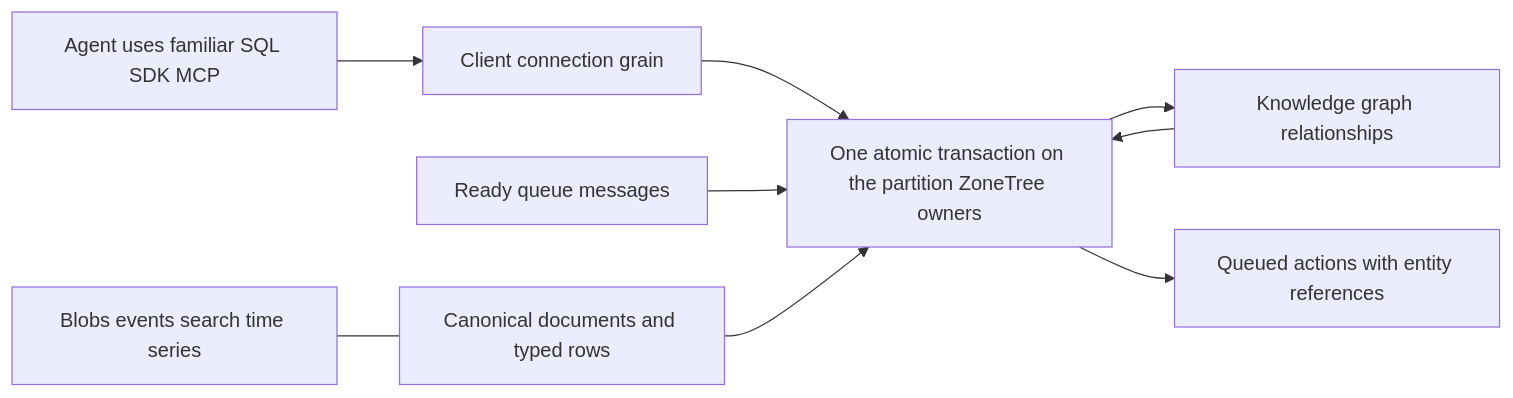
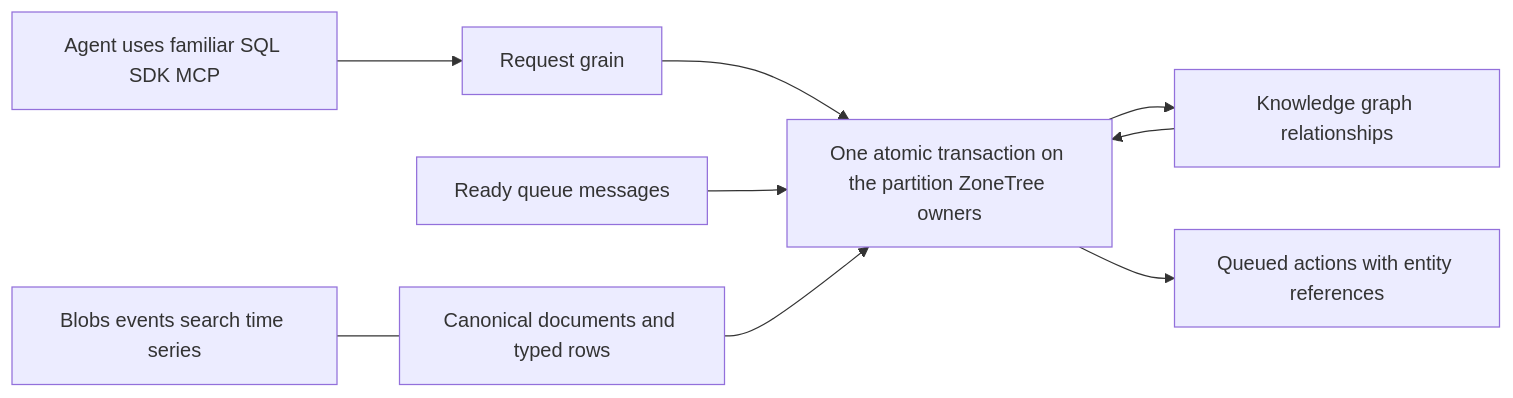
Before and after one commit to managedcode/KeyLoad: the diagram in docs/Features/DatabaseComposition.md, drawn with Mermaid. The commit also changed other lines of this file and 27 other files, not shown here.

````diff
--- a/docs/Features/DatabaseComposition.md
+++ b/docs/Features/DatabaseComposition.md
@@ -10,11 +10,11 @@
 ```mermaid
 flowchart LR
- Agent[Agent uses familiar SQL SDK MCP] --> Request[Client connection grain]
+ Agent[Agent uses familiar SQL SDK MCP] --> Request[Request grain]
  Request --> Transaction[One atomic transaction on the partition ZoneTree owners]
  Queue[Ready queue messages] --> Transaction
  Entity[Canonical documents and typed rows] --> Transaction
  Transaction --> Graph[Knowledge graph relationships]
  Graph --> Transaction
  Transaction --> Jobs[Queued actions with entity references]
  Shared[Blobs events search time series] --- Entity
 ```
````
